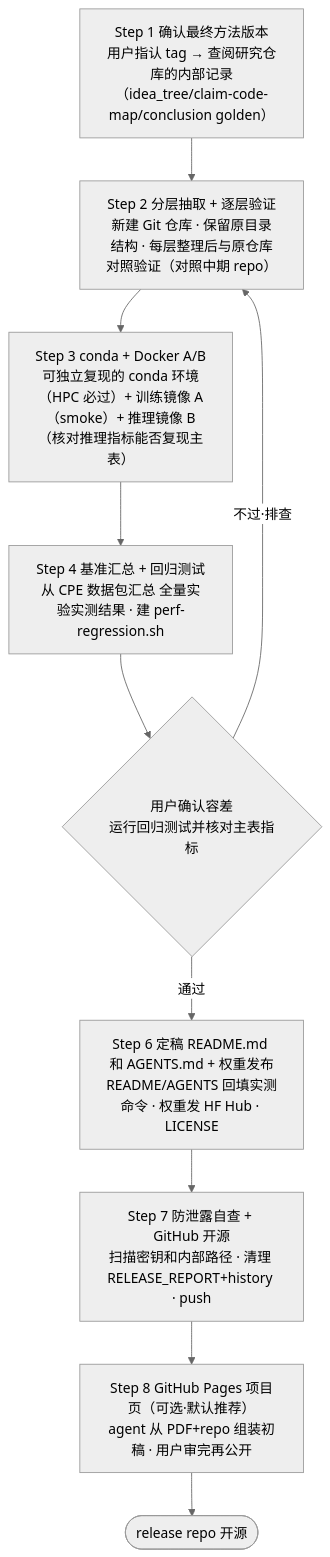
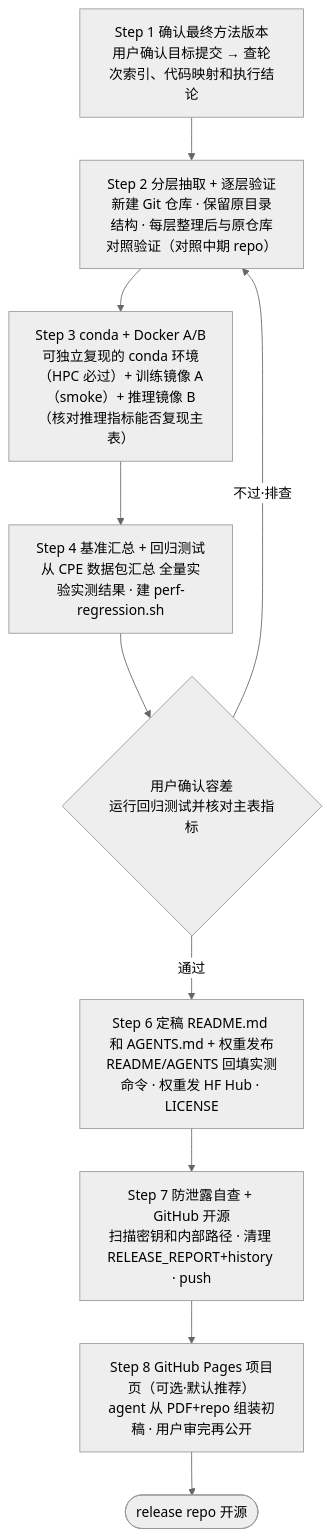
The second of 2 diagrams in plugins/dl-assistant/skills/code-paper-release/SKILL.md (jackwang0108/dl-assistant), drawn with Mermaid (neutral theme) before and after one commit. The commit also changed other lines of this file and 17 other files, not shown here.

````diff
--- a/plugins/dl-assistant/skills/code-paper-release/SKILL.md
+++ b/plugins/dl-assistant/skills/code-paper-release/SKILL.md
@@ -123,13 +123,13 @@
 ```mermaid
 flowchart TD
-    S1["Step 1 确认最终方法版本<br/>用户指认 tag → 查阅研究仓库的内部记录（idea_tree/claim-code-map/conclusion golden）"]
+    S1["Step 1 确认最终方法版本<br/>用户确认目标提交 → 查轮次索引、代码映射和执行结论"]
     S1 --> S2["Step 2 分层抽取 + 逐层验证<br/>新建 Git 仓库 · 保留原目录结构 · 每层整理后与原仓库对照验证（对照中期 repo）"]
     S2 --> S3["Step 3 conda + Docker A/B<br/>可独立复现的 conda 环境（HPC 必过）+ 训练镜像 A（smoke）+ 推理镜像 B（核对推理指标能否复现主表）"]
     S3 --> S4["Step 4 基准汇总 + 回归测试<br/>从 CPE 数据包汇总 全量实验实测结果 · 建 perf-regression.sh"]
     S4 --> L{"用户确认容差<br/>运行回归测试并核对主表指标"}
     L -->|不过·排查| S2
     L -->|通过| S6["Step 6 定稿 README.md 和 AGENTS.md + 权重发布<br/>README/AGENTS 回填实测命令 · 权重发 HF Hub · LICENSE"]
     S6 --> S7["Step 7 防泄露自查 + GitHub 开源<br/>扫描密钥和内部路径 · 清理 RELEASE_REPORT+history · push"]
     S7 --> S8["Step 8 GitHub Pages 项目页（可选·默认推荐）<br/>agent 从 PDF+repo 组装初稿 · 用户审完再公开"]
     S8 --> END([release repo 开源])
 ```
````
